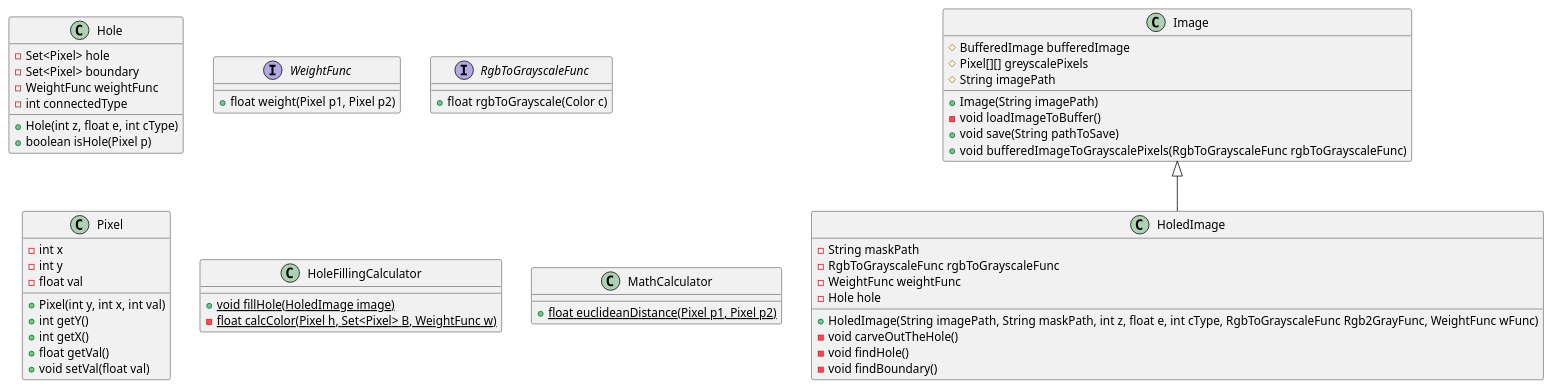
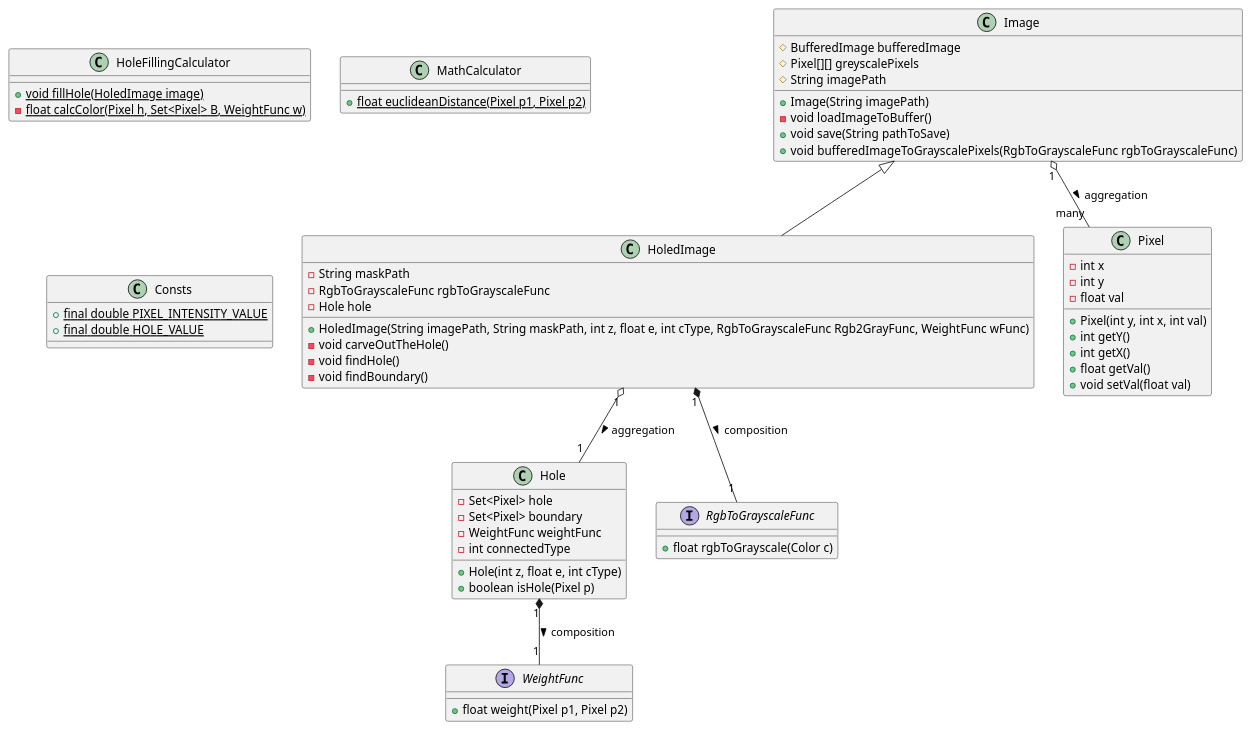
One commit to avielas/HoleFilling changed the diagram in OOD.puml. Above: the diagram before and after it, drawn with PlantUML.

Commit message:
update OOD

```diff
--- a/OOD.puml
+++ b/OOD.puml
@@ -1,68 +1,75 @@
 @startuml
 'https://plantuml.com/class-diagram
 
 class Image{
     # BufferedImage bufferedImage
     # Pixel[][] greyscalePixels
     # String imagePath
     + Image(String imagePath)
     - void loadImageToBuffer()
     + void save(String pathToSave)
     + void bufferedImageToGrayscalePixels(RgbToGrayscaleFunc rgbToGrayscaleFunc)
 }
 
 class HoledImage extends Image{
     - String maskPath
     - RgbToGrayscaleFunc rgbToGrayscaleFunc
-    - WeightFunc weightFunc
     - Hole hole
     + HoledImage(String imagePath, String maskPath, int z, float e, int cType, RgbToGrayscaleFunc Rgb2GrayFunc, WeightFunc wFunc)
     - void carveOutTheHole()
     - void findHole()
     - void findBoundary()
 }
 
 class Hole{
     - Set<Pixel> hole
     - Set<Pixel> boundary
     - WeightFunc weightFunc
     - int connectedType
     + Hole(int z, float e, int cType)
     + boolean isHole(Pixel p)
 }
 
 interface WeightFunc{
     + float weight(Pixel p1, Pixel p2)
 }
 
 interface RgbToGrayscaleFunc{
     + float rgbToGrayscale(Color c)
 }
 
 class Pixel{
     - int x
     - int y
     - float val
     + Pixel(int y, int x, int val)
     + int getY()
     + int getX()
     + float getVal()
     + void setVal(float val)
 }
 
 class HoleFillingCalculator{
     + {static} void fillHole(HoledImage image)
     - {static} float calcColor(Pixel h, Set<Pixel> B, WeightFunc w)
 }
 
 class MathCalculator{
     + {static} float euclideanDistance(Pixel p1, Pixel p2)
 }
 
-'Composition
-'ParkingLot "1" *-- "many" Level : contains >
+class Consts{
+    + {static} final double PIXEL_INTENSITY_VALUE
+    + {static} final double HOLE_VALUE
+}
 
 'Aggregation
-'ParkingLot "1" o-- "1" Vehicle : aggregation >
+Image "1" o-- "many" Pixel : aggregation >
+HoledImage "1" o-- "1" Hole : aggregation >
+
+
+'Composition
+HoledImage "1" *-- "1" RgbToGrayscaleFunc : composition >
+Hole "1" *-- "1" WeightFunc : composition >
 
 @enduml
```
